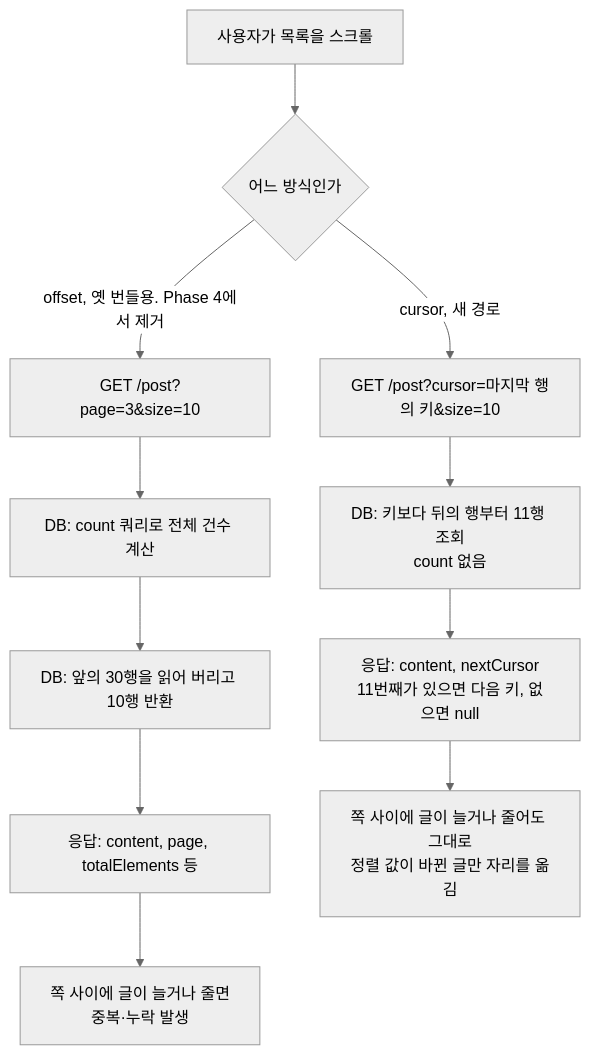
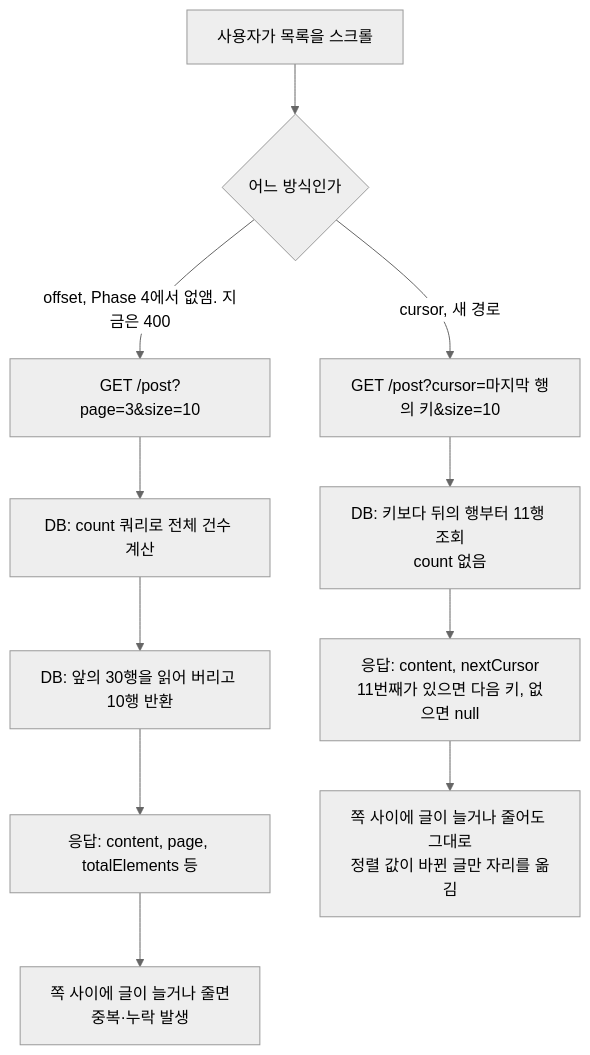
One commit to BAECHAN/link-sphere_BE_NEW changed the first of 3 diagrams in docs/PAGINATION.md. Above: the diagram before and after it, drawn with Mermaid (neutral theme). The commit also changed other lines of this file and 37 other files, not shown here.

````diff
--- a/docs/PAGINATION.md
+++ b/docs/PAGINATION.md
@@ -20,13 +20,13 @@
 ```mermaid
 flowchart TD
   A["사용자가 목록을 스크롤"] --> B{"어느 방식인가"}
-  B -->|"offset, 옛 번들용. Phase 4에서 제거"| C["GET /post?page=3&size=10"]
+  B -->|"offset, Phase 4에서 없앰. 지금은 400"| C["GET /post?page=3&size=10"]
   C --> D["DB: count 쿼리로 전체 건수 계산"]
   D --> E["DB: 앞의 30행을 읽어 버리고 10행 반환"]
   E --> F["응답: content, page, totalElements 등"]
   F --> G["쪽 사이에 글이 늘거나 줄면<br/>중복·누락 발생"]
   B -->|"cursor, 새 경로"| H["GET /post?cursor=마지막 행의 키&size=10"]
   H --> I["DB: 키보다 뒤의 행부터 11행 조회<br/>count 없음"]
   I --> J["응답: content, nextCursor<br/>11번째가 있으면 다음 키, 없으면 null"]
   J --> K["쪽 사이에 글이 늘거나 줄어도 그대로<br/>정렬 값이 바뀐 글만 자리를 옮김"]
 ```
````
